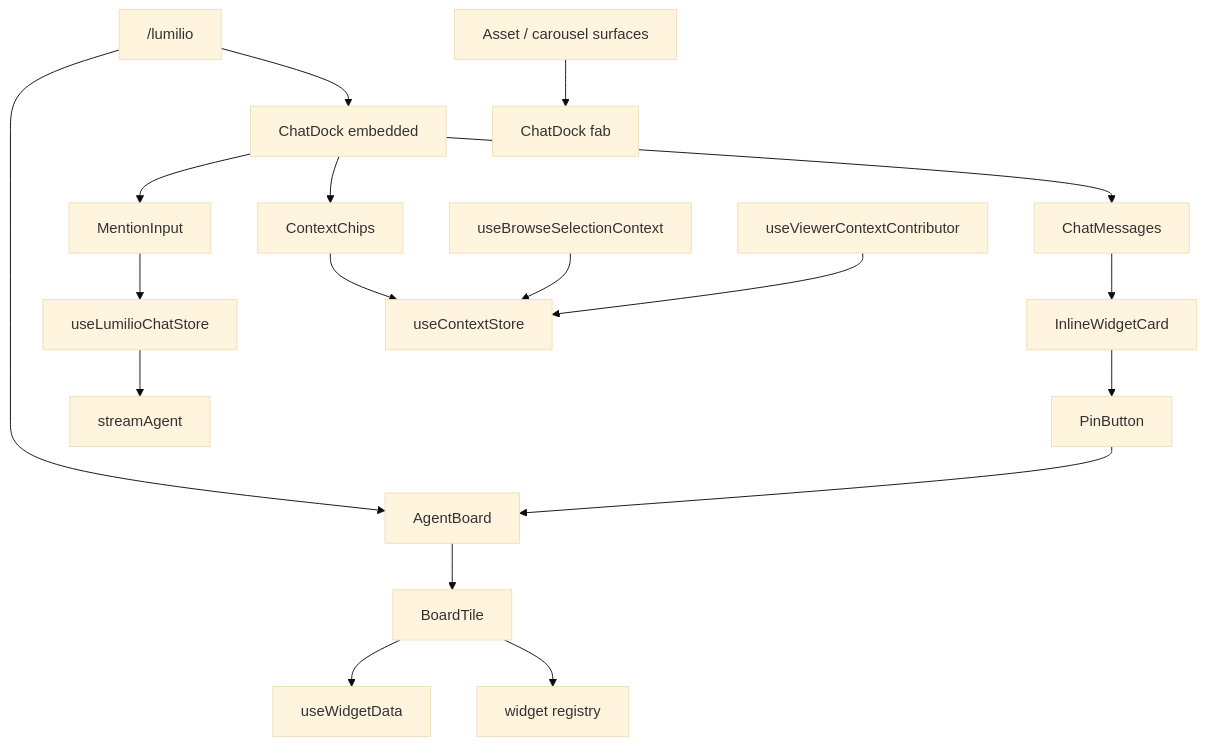
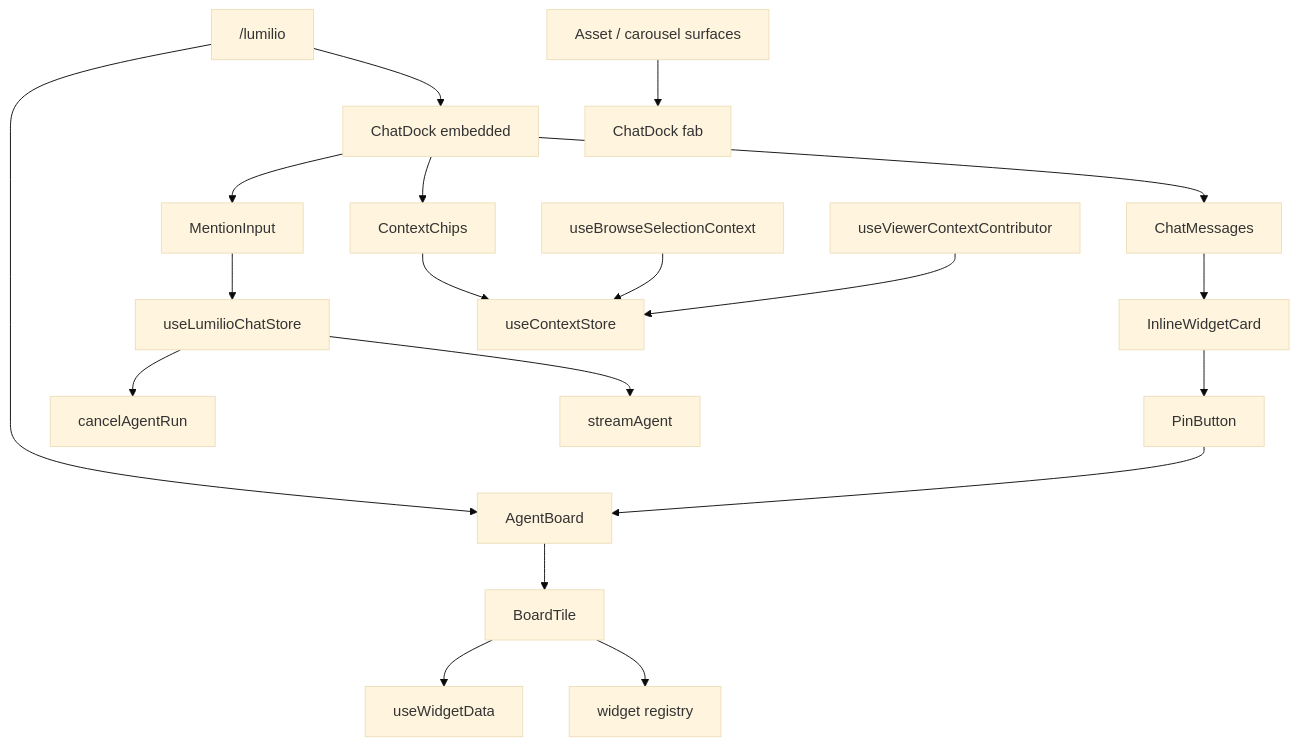
Before and after one commit to EdwinZhanCN/Lumilio-Photos: the diagram in web/src/features/lumilio/doc.md, drawn with Mermaid (base theme). The commit also changed other lines of this file and 95 other files, not shown here.

````diff
--- a/web/src/features/lumilio/doc.md
+++ b/web/src/features/lumilio/doc.md
@@ -52,20 +63,21 @@
 ```mermaid
 flowchart TD
     ROUTE["/lumilio"] --> BOARD["AgentBoard"]
     ROUTE --> DOCK["ChatDock embedded"]
     FAB["Asset / carousel surfaces"] --> DOCK2["ChatDock fab"]
     DOCK --> INPUT["MentionInput"]
     DOCK --> CHIPS["ContextChips"]
     DOCK --> MESSAGES["ChatMessages"]
     INPUT --> STORE["useLumilioChatStore"]
+    STORE --> CANCEL["cancelAgentRun"]
     CHIPS --> CTX["useContextStore"]
     GALLERY["useBrowseSelectionContext"] --> CTX
     CAROUSEL["useViewerContextContributor"] --> CTX
     STORE --> SSE["streamAgent"]
     MESSAGES --> INLINE["InlineWidgetCard"]
     INLINE --> PIN["PinButton"]
     PIN --> BOARD
     BOARD --> TILE["BoardTile"]
     TILE --> DATA["useWidgetData"]
     TILE --> REG["widget registry"]
 ```
````
